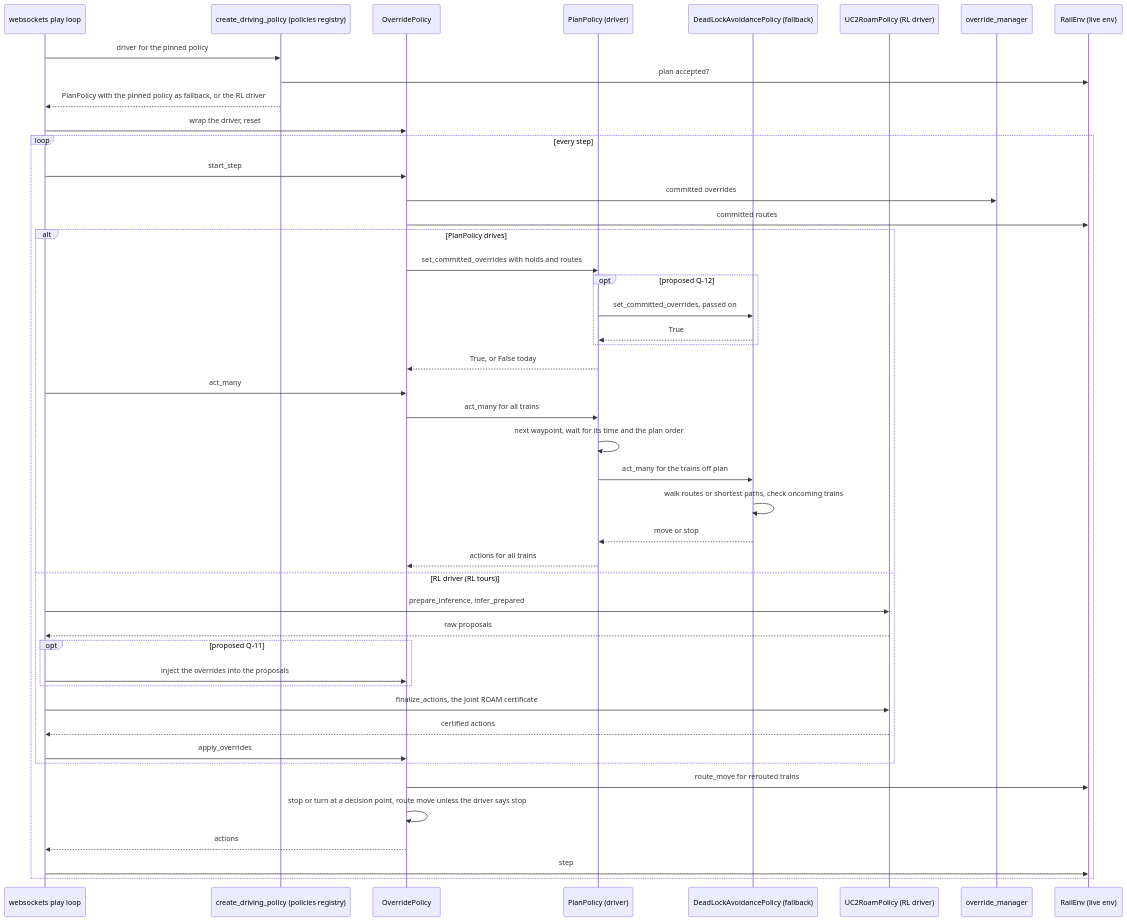
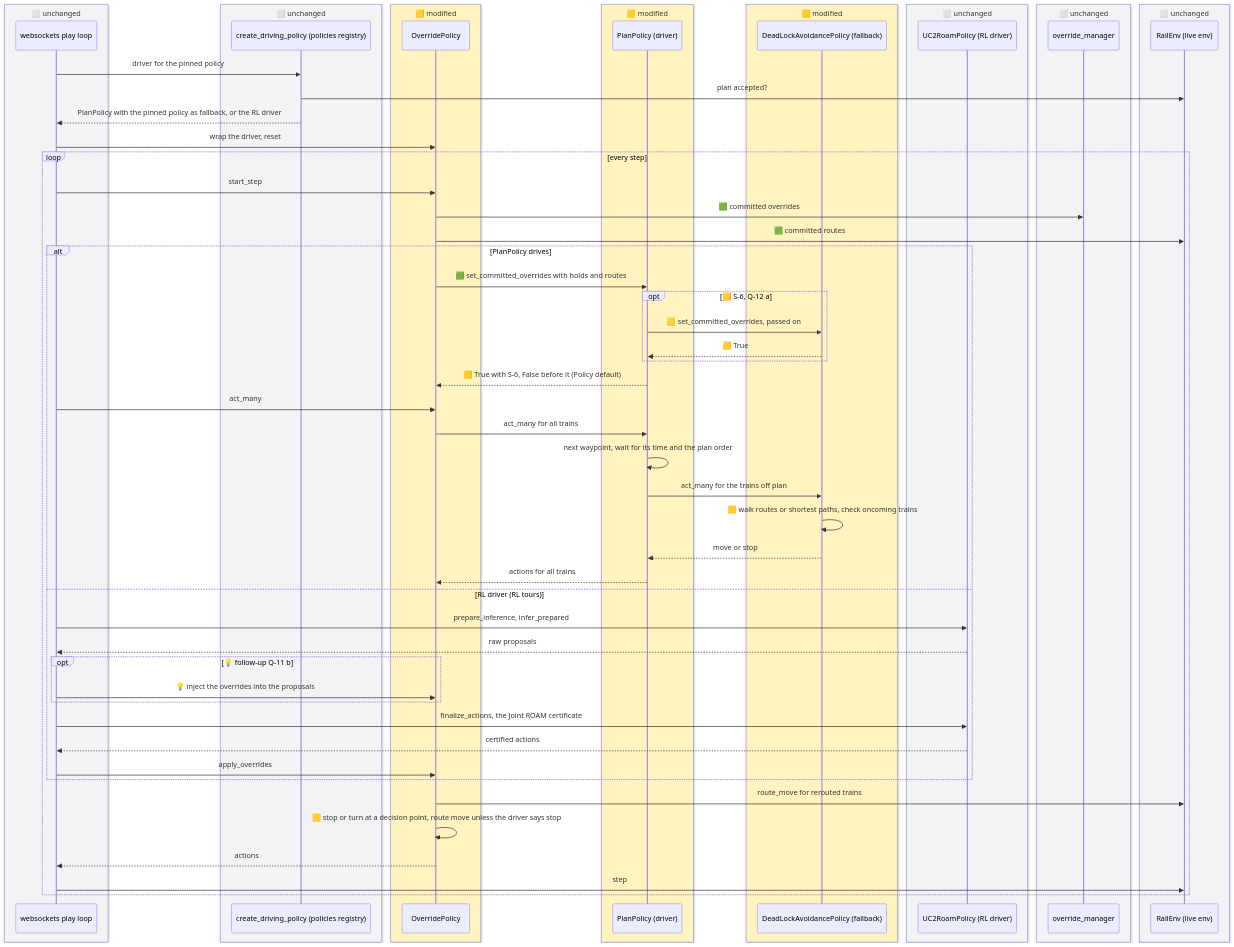
Diagram 12 of 18 in docs/plans/set-route-on-map.md (flatland-association/flatland-ui-hub), drawn with Mermaid before and after one commit. The commit also changed other lines of this file, not shown here.

Commit message:
docs(plans): decide Q-11 to Q-13, describe the driver interfaces, #208's kept overrides and ROAM, and plan S-6.

````diff
--- a/docs/plans/set-route-on-map.md
+++ b/docs/plans/set-route-on-map.md
@@ -519,48 +1215,64 @@
 ```mermaid
 sequenceDiagram
-    participant PL as websockets play loop
-    participant REG as create_driving_policy (policies registry)
-    participant OP as OverridePolicy
-    participant DRV as PlanPolicy (driver)
-    participant D as DeadLockAvoidancePolicy (fallback)
-    participant R as UC2RoamPolicy (RL driver)
-    participant OM as override_manager
-    participant ENV as RailEnv (live env)
+    box rgb(241,243,245) ⬜ unchanged
+        participant PL as websockets play loop
+    end
+    box rgb(241,243,245) ⬜ unchanged
+        participant REG as create_driving_policy (policies registry)
+    end
+    box rgb(255,243,191) 🟨 modified
+        participant OP as OverridePolicy
+    end
+    box rgb(255,243,191) 🟨 modified
+        participant DRV as PlanPolicy (driver)
+    end
+    box rgb(255,243,191) 🟨 modified
+        participant D as DeadLockAvoidancePolicy (fallback)
+    end
+    box rgb(241,243,245) ⬜ unchanged
+        participant R as UC2RoamPolicy (RL driver)
+    end
+    box rgb(241,243,245) ⬜ unchanged
+        participant OM as override_manager
+    end
+    box rgb(241,243,245) ⬜ unchanged
+        participant ENV as RailEnv (live env)
+    end
     PL->>REG: driver for the pinned policy
     REG->>ENV: plan accepted?
     REG-->>PL: PlanPolicy with the pinned policy as fallback, or the RL driver
     PL->>OP: wrap the driver, reset
     loop every step
         PL->>OP: start_step
-        OP->>OM: committed overrides
-        OP->>ENV: committed routes
+        OP->>OM: 🟩 committed overrides
+        OP->>ENV: 🟩 committed routes
         alt PlanPolicy drives
-            OP->>DRV: set_committed_overrides with holds and routes
-            opt proposed Q-12
-                DRV->>D: set_committed_overrides, passed on
-                D-->>DRV: True
+            OP->>DRV: 🟩 set_committed_overrides with holds and routes
+            opt 🟨 S-6, Q-12 a
+                DRV->>D: 🟨 set_committed_overrides, passed on
+                D-->>DRV: 🟨 True
             end
-            DRV-->>OP: True, or False today
+            DRV-->>OP: 🟨 True with S-6, False before it (Policy default)
             PL->>OP: act_many
             OP->>DRV: act_many for all trains
             DRV->>DRV: next waypoint, wait for its time and the plan order
             DRV->>D: act_many for the trains off plan
-            D->>D: walk routes or shortest paths, check oncoming trains
+            D->>D: 🟨 walk routes or shortest paths, check oncoming trains
             D-->>DRV: move or stop
             DRV-->>OP: actions for all trains
         else RL driver (RL tours)
             PL->>R: prepare_inference, infer_prepared
             R-->>PL: raw proposals
-            opt proposed Q-11
-                PL->>OP: inject the overrides into the proposals
+            opt 💡 follow-up Q-11 b
+                PL->>OP: 💡 inject the overrides into the proposals
             end
             PL->>R: finalize_actions, the Joint ROAM certificate
             R-->>PL: certified actions
             PL->>OP: apply_overrides
         end
         OP->>ENV: route_move for rerouted trains
-        OP->>OP: stop or turn at a decision point, route move unless the driver says stop
+        OP->>OP: 🟨 stop or turn at a decision point, route move unless the driver says stop
         OP-->>PL: actions
         PL->>ENV: step
     end
 ```
````
